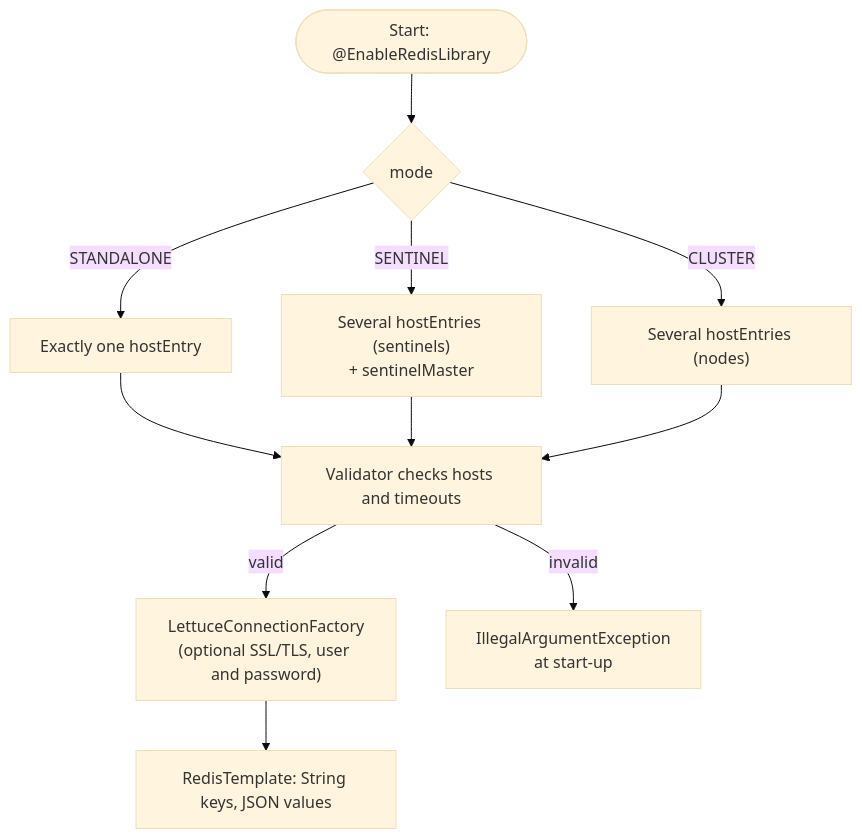
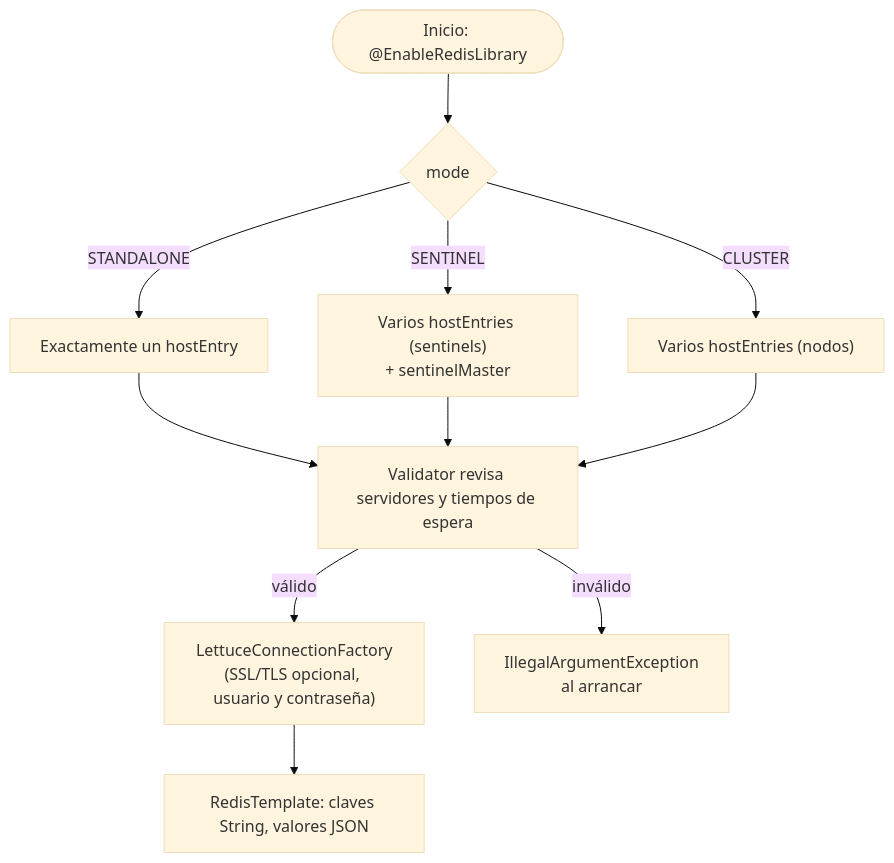
One commit to programming0026/sbj-util-redis-annotation changed the ninth of 9 diagrams in sbj-util-redis-lib/README.md. Above: the diagram before and after it, drawn with Mermaid (base theme). The commit also changed other lines of this file and 64 other files, not shown here.

````diff
--- a/sbj-util-redis-lib/README.md
+++ b/sbj-util-redis-lib/README.md
@@ -1255,13 +1255,13 @@
 ```mermaid
 flowchart TD
-    S([Start: @EnableRedisLibrary]) --> M{mode}
-    M -->|STANDALONE| A["Exactly one hostEntry"]
-    M -->|SENTINEL| B["Several hostEntries (sentinels)<br/>+ sentinelMaster"]
-    M -->|CLUSTER| C["Several hostEntries (nodes)"]
-    A --> V["Validator checks hosts and timeouts"]
+    S([Inicio: @EnableRedisLibrary]) --> M{mode}
+    M -->|STANDALONE| A["Exactamente un hostEntry"]
+    M -->|SENTINEL| B["Varios hostEntries (sentinels)<br/>+ sentinelMaster"]
+    M -->|CLUSTER| C["Varios hostEntries (nodos)"]
+    A --> V["Validator revisa servidores y tiempos de espera"]
     B --> V
     C --> V
-    V -->|valid| F["LettuceConnectionFactory<br/>(optional SSL/TLS, user and password)"]
-    V -->|invalid| E["IllegalArgumentException<br/>at start-up"]
-    F --> T["RedisTemplate: String keys, JSON values"]
+    V -->|válido| F["LettuceConnectionFactory<br/>(SSL/TLS opcional, usuario y contraseña)"]
+    V -->|inválido| E["IllegalArgumentException<br/>al arrancar"]
+    F --> T["RedisTemplate: claves String, valores JSON"]
 ```
````
